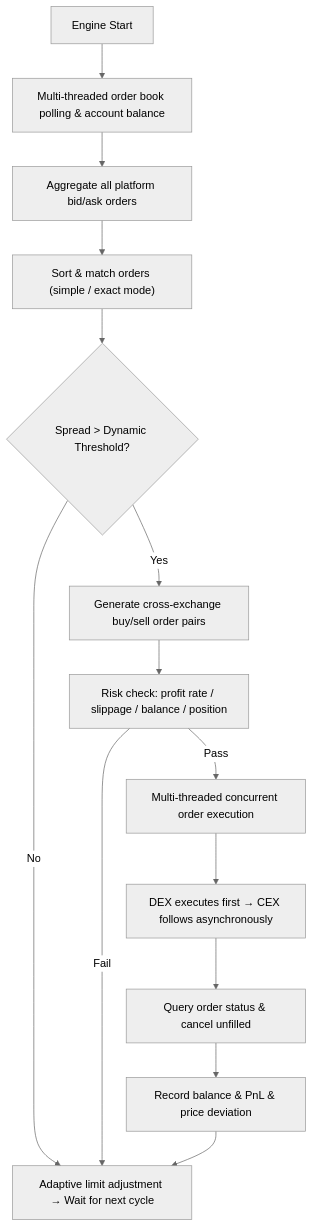
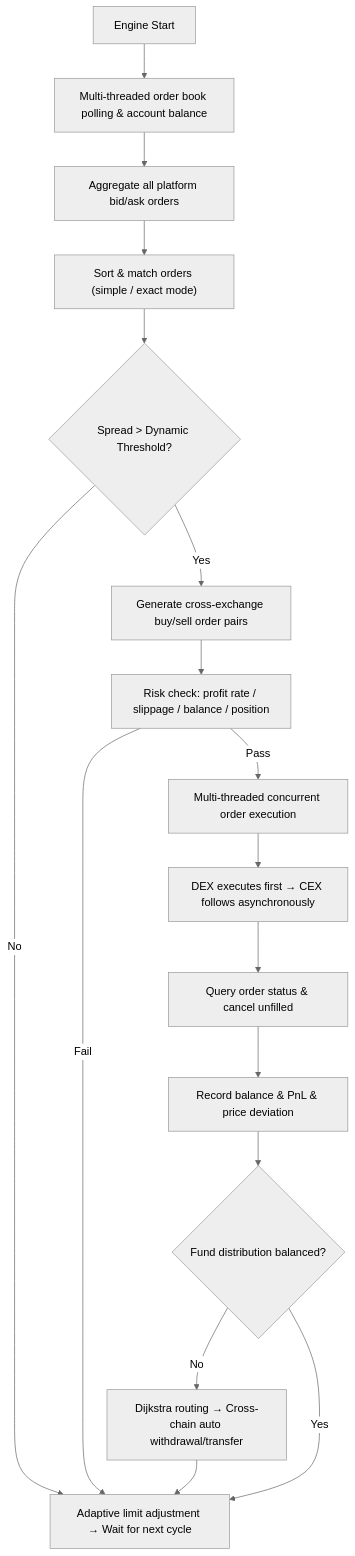
The diagram in README_en.md (lj92458/trade_ff), drawn with Mermaid (neutral theme) before and after one commit. The commit also changed other lines of this file and 1 other file, not shown here.

````diff
--- a/README_en.md
+++ b/README_en.md
@@ -141,16 +163,19 @@
 ```mermaid
 graph TD
     A["Engine Start"] --> B["Multi-threaded order book polling & account balance"]
     B --> C["Aggregate all platform bid/ask orders"]
     C --> D["Sort & match orders (simple / exact mode)"]
     D --> E{"Spread > Dynamic Threshold?"}
     E -->|Yes| F["Generate cross-exchange buy/sell order pairs"]
     E -->|No| G["Adaptive limit adjustment → Wait for next cycle"]
     F --> H["Risk check: profit rate / slippage / balance / position"]
     H -->|Pass| I["Multi-threaded concurrent order execution"]
     H -->|Fail| G
     I --> J["DEX executes first → CEX follows asynchronously"]
     J --> K["Query order status & cancel unfilled"]
     K --> L["Record balance & PnL & price deviation"]
-    L --> G
+    L --> M{"Fund distribution balanced?"}
+    M -->|No| N["Dijkstra routing → Cross-chain auto withdrawal/transfer"]
+    N --> G
+    M -->|Yes| G
 ```
````
